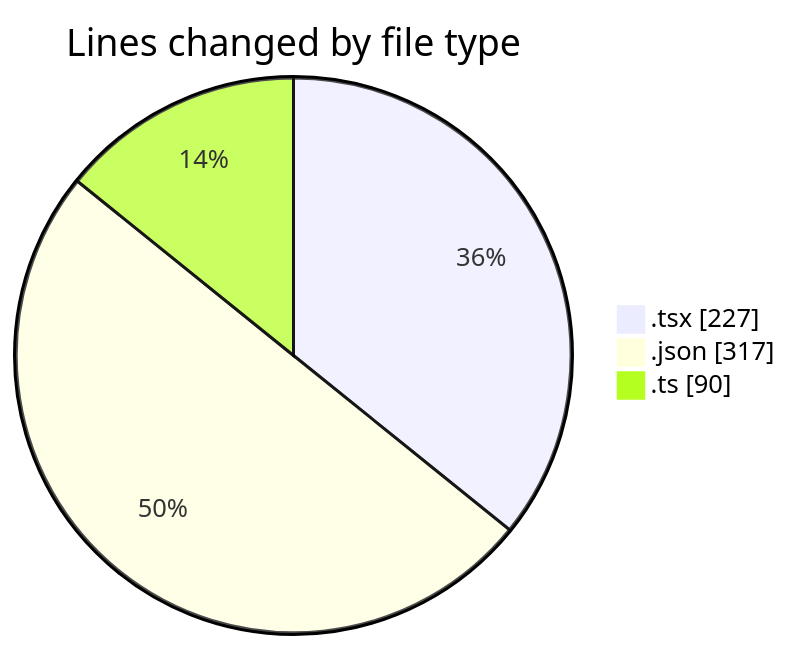
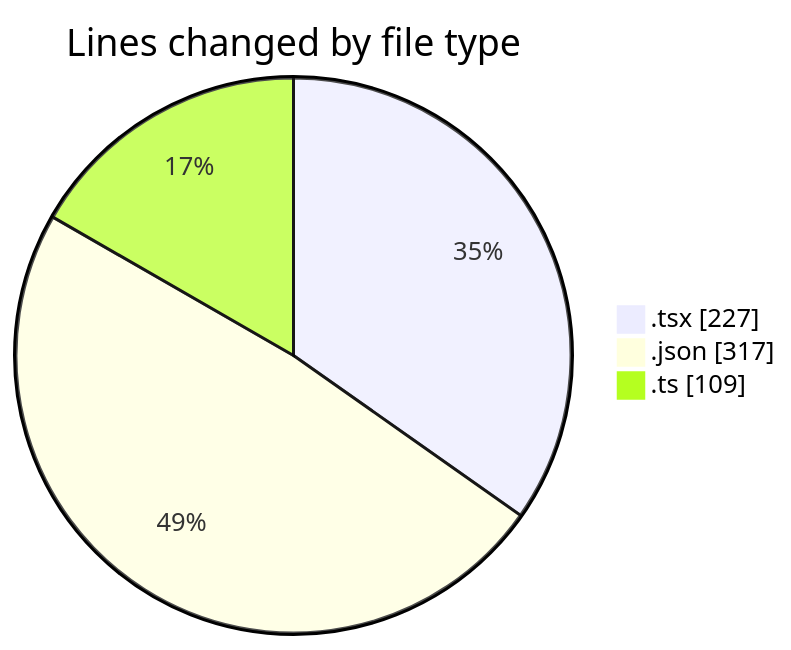
The first of 2 diagrams in 2025-04-08/sungpt/README.md (Elitesun/code-tracking), drawn with Mermaid before and after one commit. The commit also changed other lines of this file and 1 other file, not shown here.

````diff
--- a/2025-04-08/sungpt/README.md
+++ b/2025-04-08/sungpt/README.md
@@ -26,7 +26,7 @@
 ```mermaid
 pie showData
 title Lines changed by file type
 ".tsx" : 227
 ".json" : 317
-".ts" : 90
+".ts" : 109
 ```
````
